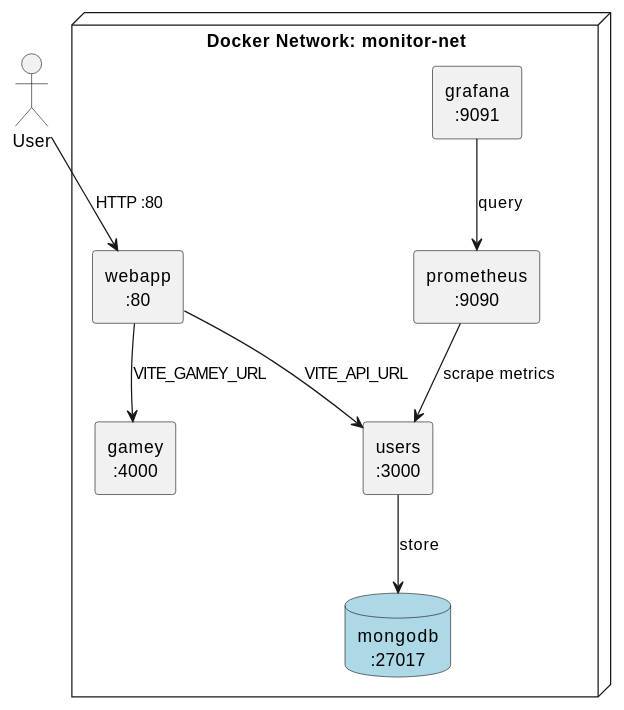
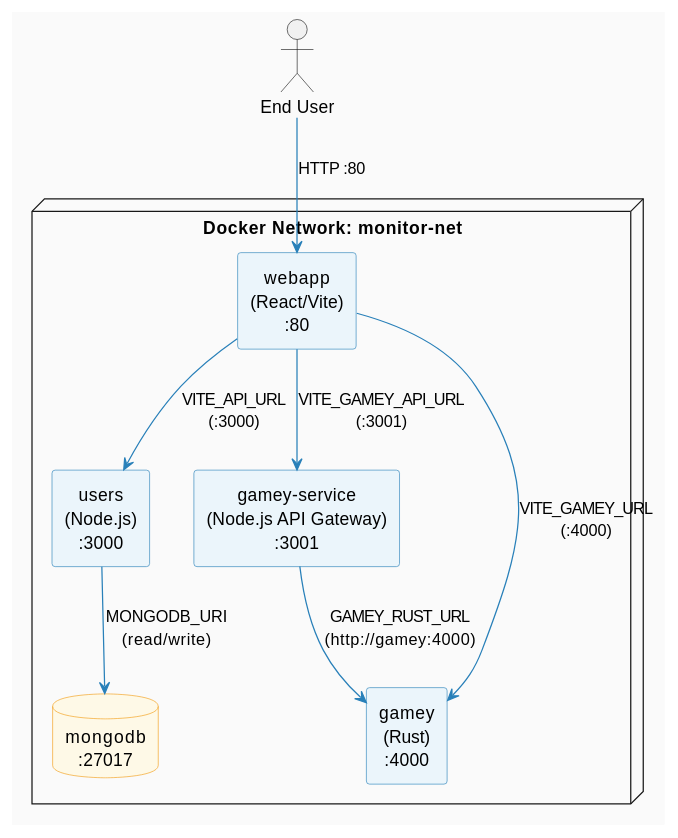
Before and after one commit to Arquisoft/yovi_en1a: the second of 3 diagrams in docs/src/07_deployment_view.adoc, drawn with PlantUML. The commit also changed other lines of this file and 2 other files, not shown here.

```diff
--- a/docs/src/07_deployment_view.adoc
+++ b/docs/src/07_deployment_view.adoc
@@ -65,30 +66,40 @@
-[plantuml, level2-docker, svg]
+[plantuml, level2-app, svg]
 ----
 @startuml
 skinparam componentStyle rectangle
 skinparam defaultTextAlignment center
+skinparam backgroundColor #FAFAFA
+skinparam component {
+  BackgroundColor #EBF5FB
+  BorderColor #2980B9
+}
+skinparam database {
+  BackgroundColor #FEF9E7
+  BorderColor #F39C12
+}
+skinparam ArrowColor #2980B9
 
-actor User
+actor "End User" as user
 
 node "Docker Network: monitor-net" {
 
-  component "webapp\n:80" as webapp
-  component "users\n:3000" as users
-  component "gamey\n:4000" as gamey
-  database  "mongodb\n:27017" as mongo #lightblue
-  component "prometheus\n:9090" as prometheus
-  component "grafana\n:9091" as grafana
+  component "webapp\n(React/Vite)\n:80" as webapp
+  component "users\n(Node.js)\n:3000" as users
+  component "gamey-service\n(Node.js API Gateway)\n:3001" as gameyapi
+  component "gamey\n(Rust)\n:4000" as gamey
+  database  "mongodb\n:27017" as mongo
 
 }
 
-User --> webapp : HTTP :80
+user --> webapp     : HTTP :80
 
-webapp --> users  : VITE_API_URL
-webapp --> gamey  : VITE_GAMEY_URL
-users  --> mongo  : store
+webapp --> users     : VITE_API_URL\n(:3000)
+webapp --> gameyapi  : VITE_GAMEY_API_URL\n(:3001)
+webapp --> gamey     : VITE_GAMEY_URL\n(:4000)
 
-prometheus --> users     : scrape metrics
-grafana    --> prometheus : query
+gameyapi --> gamey   : GAMEY_RUST_URL\n(http://gamey:4000)
+
+users    --> mongo   : MONGODB_URI\n(read/write)
 
 @enduml
 ----
```
